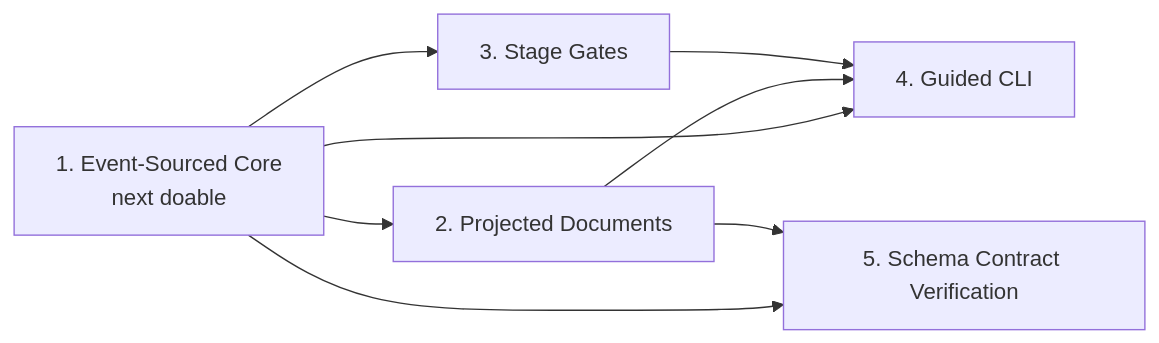
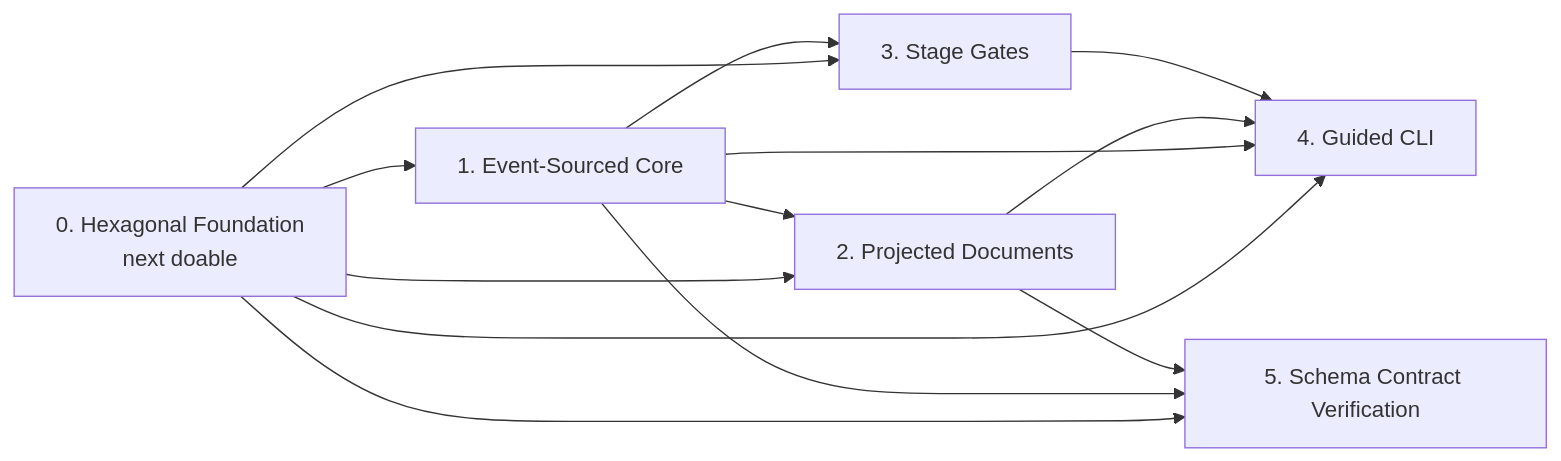
One commit to 9orky/enclosure changed the tenth of 14 diagrams in .enclosure/plans/planning-workflow/UML.md. Above: the diagram before and after it, drawn with Mermaid. The commit also changed other lines of this file and 13 other files, not shown here.

````diff
--- a/.enclosure/plans/planning-workflow/UML.md
+++ b/.enclosure/plans/planning-workflow/UML.md
@@ -353,10 +359,15 @@
 ```mermaid
 flowchart LR
-    Core["1. Event-Sourced Core\nnext doable"] --> Docs["2. Projected Documents"]
+    Hex["0. Hexagonal Foundation\nnext doable"] --> Core["1. Event-Sourced Core"]
+    Hex --> Docs["2. Projected Documents"]
+    Hex --> Gates["3. Stage Gates"]
+    Hex --> CLI["4. Guided CLI"]
+    Hex --> Contracts["5. Schema Contract Verification"]
+    Core --> Docs
     Core --> Gates["3. Stage Gates"]
     Core --> CLI["4. Guided CLI"]
     Core --> Contracts["5. Schema Contract Verification"]
     Docs --> CLI
     Docs --> Contracts
     Gates --> CLI
 ```
````
